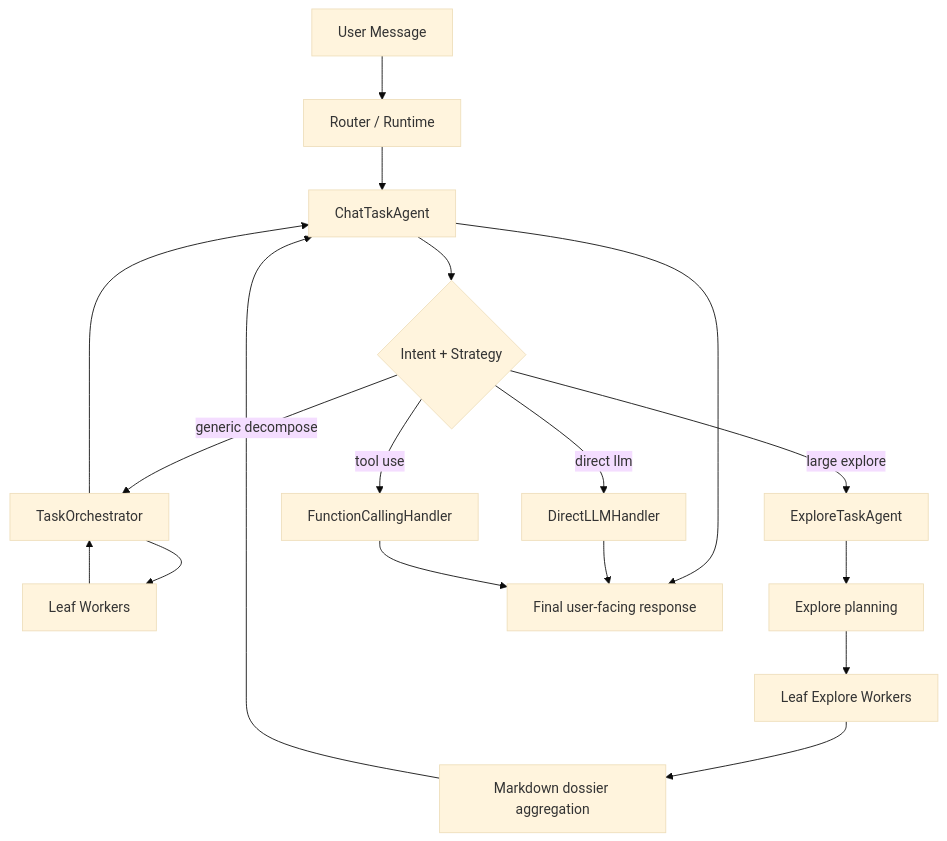
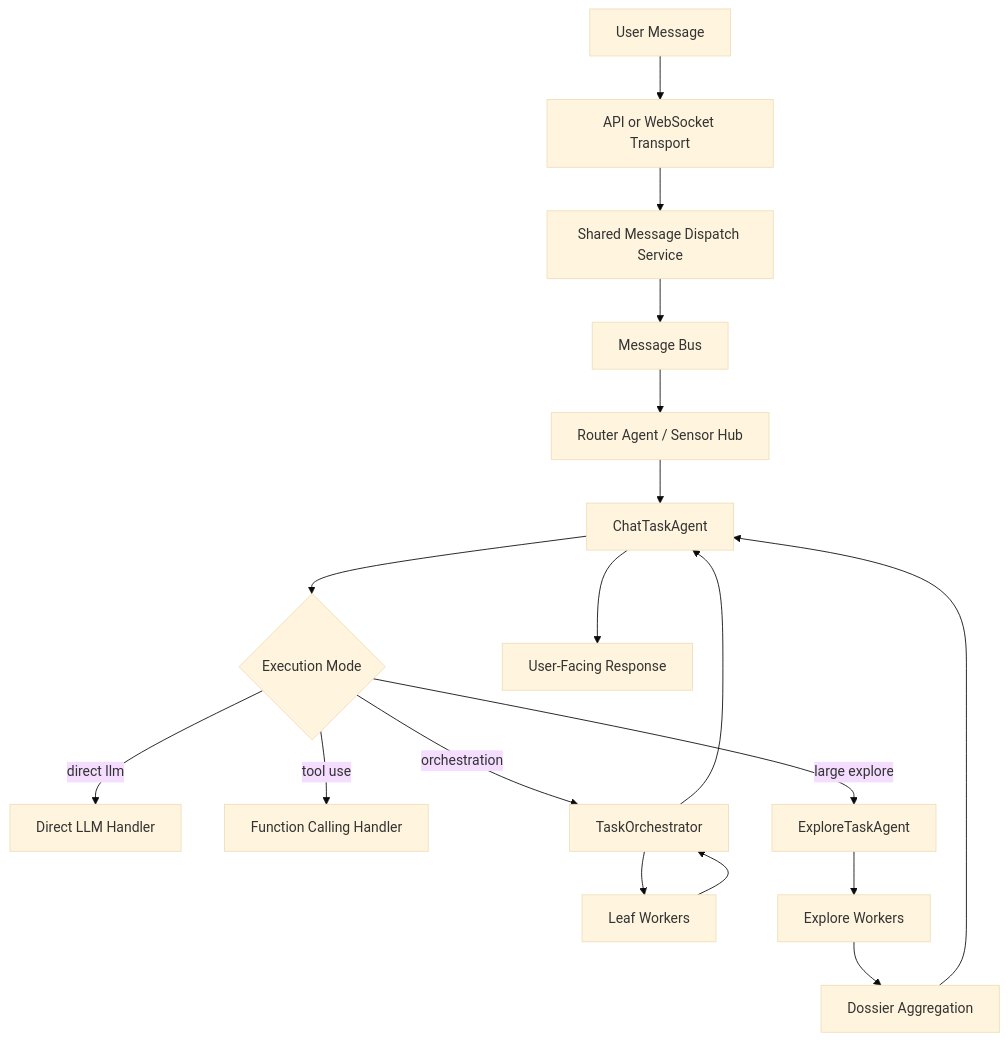
Before and after one commit to asukaonly/magi: the diagram in docs/task-agent-runtime-architecture.md, drawn with Mermaid (base theme). The commit also changed other lines of this file and 44 other files, not shown here.

First line of the commit message:
docs: realign architecture documentation

````diff
--- a/docs/task-agent-runtime-architecture.md
+++ b/docs/task-agent-runtime-architecture.md
@@ -19,24 +84,24 @@
 ```mermaid
 flowchart TD
-    U["User Message"] --> R["Router / Runtime"]
+    U["User Message"] --> T["API or WebSocket Transport"]
+    T --> D["Shared Message Dispatch Service"]
+    D --> B["Message Bus"]
+    B --> R["Router Agent / Sensor Hub"]
     R --> C["ChatTaskAgent"]
 
-    C --> D{"Intent + Strategy"}
-    D -->|direct llm| L["DirectLLMHandler"]
-    D -->|tool use| F["FunctionCallingHandler"]
-    D -->|generic decompose| O["TaskOrchestrator"]
-    D -->|large explore| X["ExploreTaskAgent"]
+    C --> M{"Execution Mode"}
+    M -->|direct llm| L["Direct LLM Handler"]
+    M -->|tool use| F["Function Calling Handler"]
+    M -->|orchestration| O["TaskOrchestrator"]
+    M -->|large explore| X["ExploreTaskAgent"]
 
-    O --> W1["Leaf Workers"]
-    W1 --> O
+    O --> W["Leaf Workers"]
+    W --> O
     O --> C
 
-    X --> XP["Explore planning"]
-    XP --> W2["Leaf Explore Workers"]
-    W2 --> XA["Markdown dossier aggregation"]
+    X --> XW["Explore Workers"]
+    XW --> XA["Dossier Aggregation"]
     XA --> C
 
-    C --> A["Final user-facing response"]
-    L --> A
-    F --> A
+    C --> A["User-Facing Response"]
 ```
````
